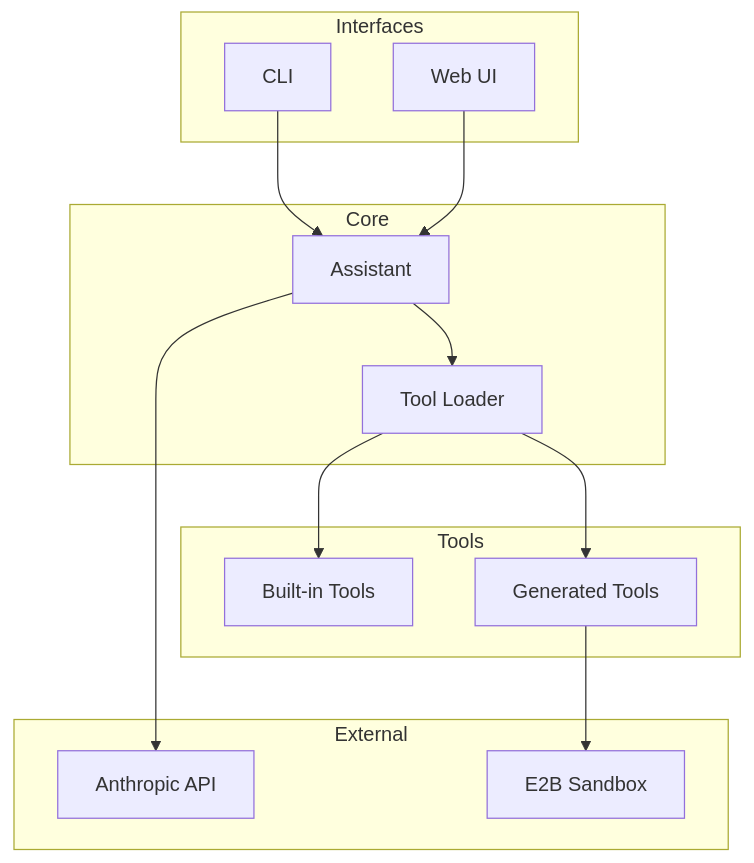
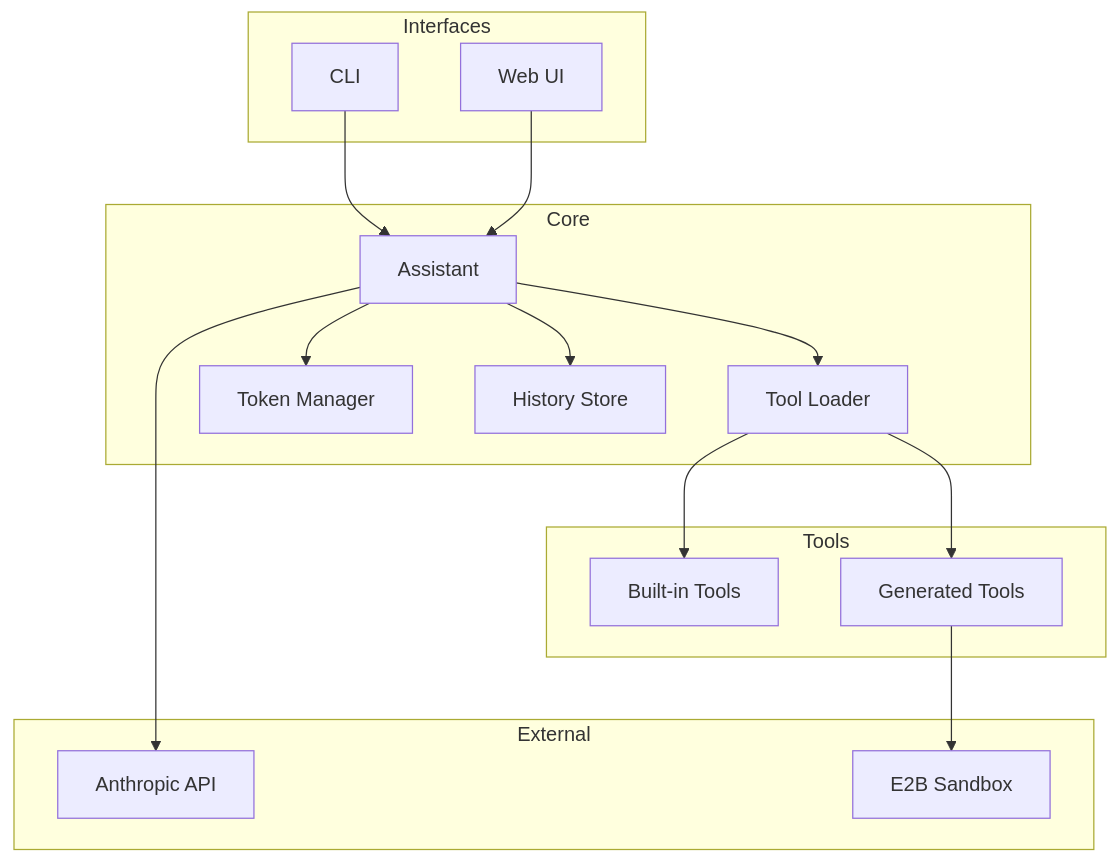
One commit to labforadvancedstudy/neurox-agent changed the diagram in Diagram.md. Above: the diagram before and after it, drawn with Mermaid. The commit also changed 4 other files, not shown here.

Commit message:
docs: finalize PRD and diagram

````diff
--- a/Diagram.md
+++ b/Diagram.md
@@ -3,26 +3,30 @@
 ```mermaid
 flowchart TD
     subgraph Interfaces
         A[CLI] 
         B[Web UI]
     end
     subgraph Core
         C[Assistant]
         D[Tool Loader]
+        E[Token Manager]
+        F[History Store]
     end
     subgraph Tools
-        E[Built-in Tools]
-        F[Generated Tools]
+        G[Built-in Tools]
+        H[Generated Tools]
     end
     subgraph External
-        G[Anthropic API]
-        H[E2B Sandbox]
+        I[Anthropic API]
+        J[E2B Sandbox]
     end
     A --> C
     B --> C
     C --> D
-    D --> E
-    D --> F
-    C --> G
-    F --> H
+    C --> E
+    C --> F
+    D --> G
+    D --> H
+    C --> I
+    H --> J
 ```
````
